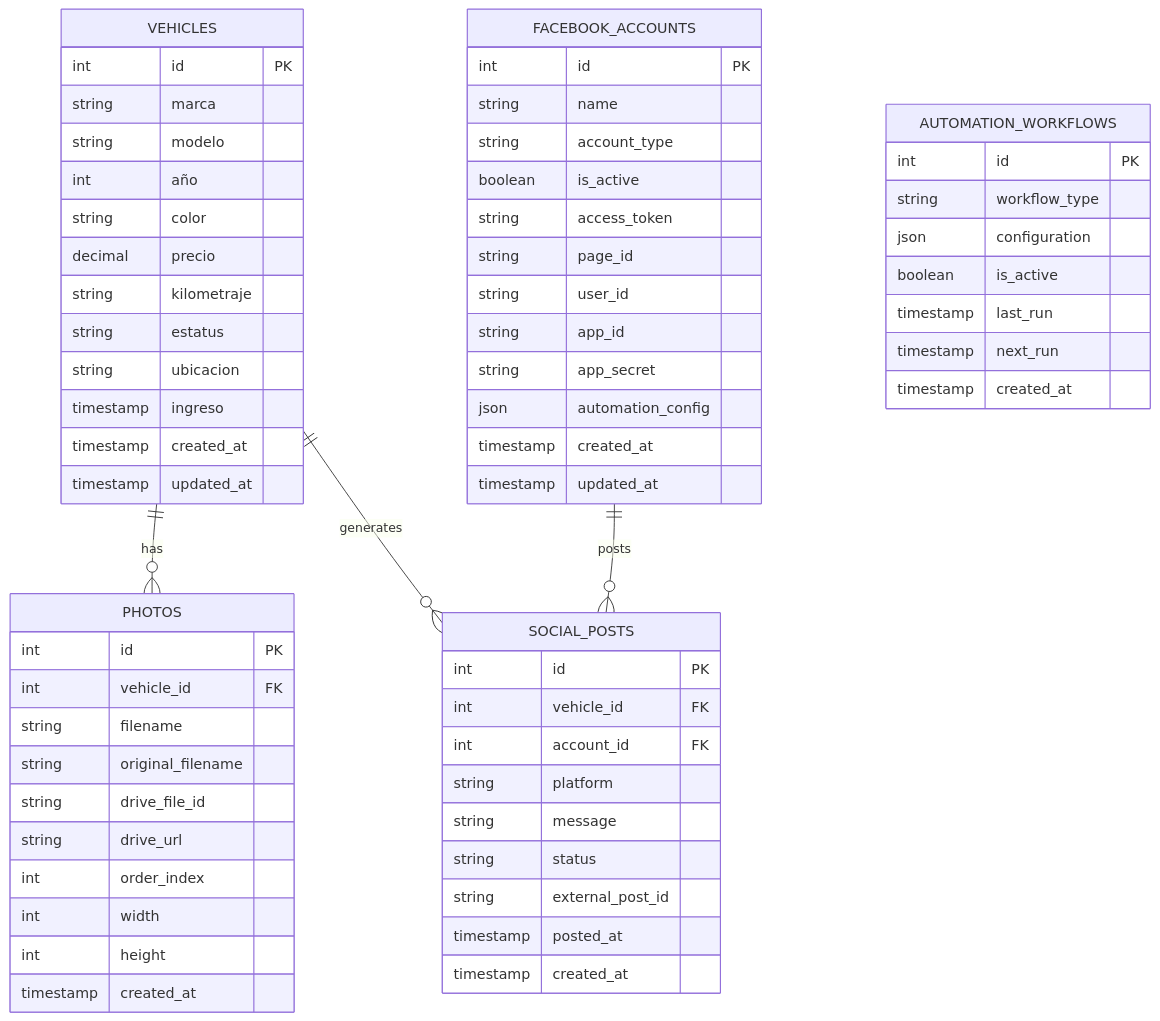
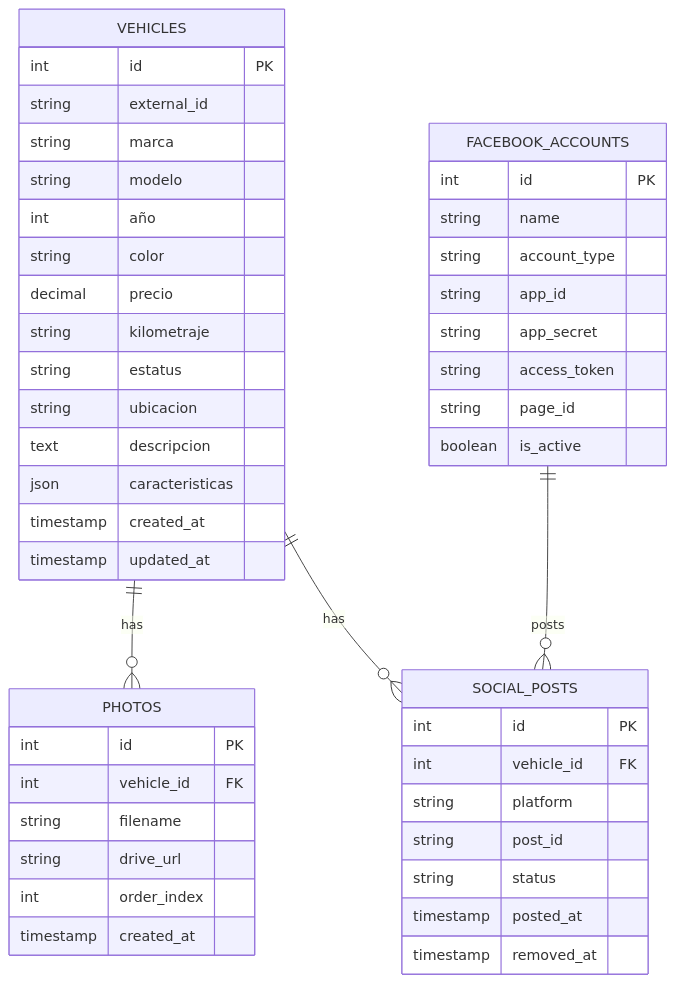
The third of 5 diagrams in README.md (mg22mex/finalproject-mg), drawn with Mermaid before and after one commit. The commit also changed other lines of this file and 61386 other files, not shown here.

````diff
--- a/README.md
+++ b/README.md
@@ -226,71 +234,53 @@
 ```mermaid
 erDiagram
     VEHICLES {
         int id PK
+        string external_id
         string marca
         string modelo
         int año
         string color
         decimal precio
         string kilometraje
         string estatus
         string ubicacion
-        timestamp ingreso
+        text descripcion
+        json caracteristicas
         timestamp created_at
         timestamp updated_at
     }
     
     PHOTOS {
         int id PK
         int vehicle_id FK
         string filename
-        string original_filename
-        string drive_file_id
         string drive_url
         int order_index
-        int width
-        int height
         timestamp created_at
+    }
+    
+    SOCIAL_POSTS {
+        int id PK
+        int vehicle_id FK
+        string platform
+        string post_id
+        string status
+        timestamp posted_at
+        timestamp removed_at
     }
     
     FACEBOOK_ACCOUNTS {
         int id PK
         string name
         string account_type
-        boolean is_active
+        string app_id
+        string app_secret
         string access_token
         string page_id
-        string user_id
-        string app_id
-        string app_secret
-        json automation_config
-        timestamp created_at
-        timestamp updated_at
-    }
-    
-    SOCIAL_POSTS {
-        int id PK
-        int vehicle_id FK
-        int account_id FK
-        string platform
-        string message
-        string status
-        string external_post_id
-        timestamp posted_at
-        timestamp created_at
-    }
-    
-    AUTOMATION_WORKFLOWS {
-        int id PK
-        string workflow_type
-        json configuration
         boolean is_active
-        timestamp last_run
-        timestamp next_run
-        timestamp created_at
     }
     
     VEHICLES ||--o{ PHOTOS : "has"
-    VEHICLES ||--o{ SOCIAL_POSTS : "generates"
+    VEHICLES ||--o{ SOCIAL_POSTS : "has"
     FACEBOOK_ACCOUNTS ||--o{ SOCIAL_POSTS : "posts"
 ```
````
